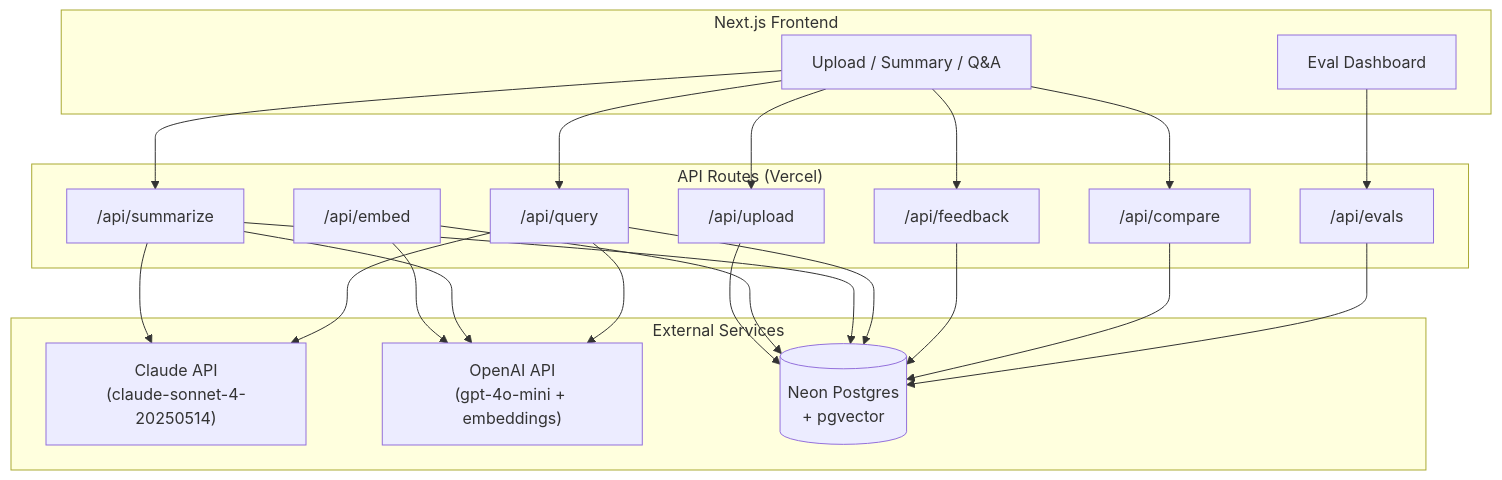
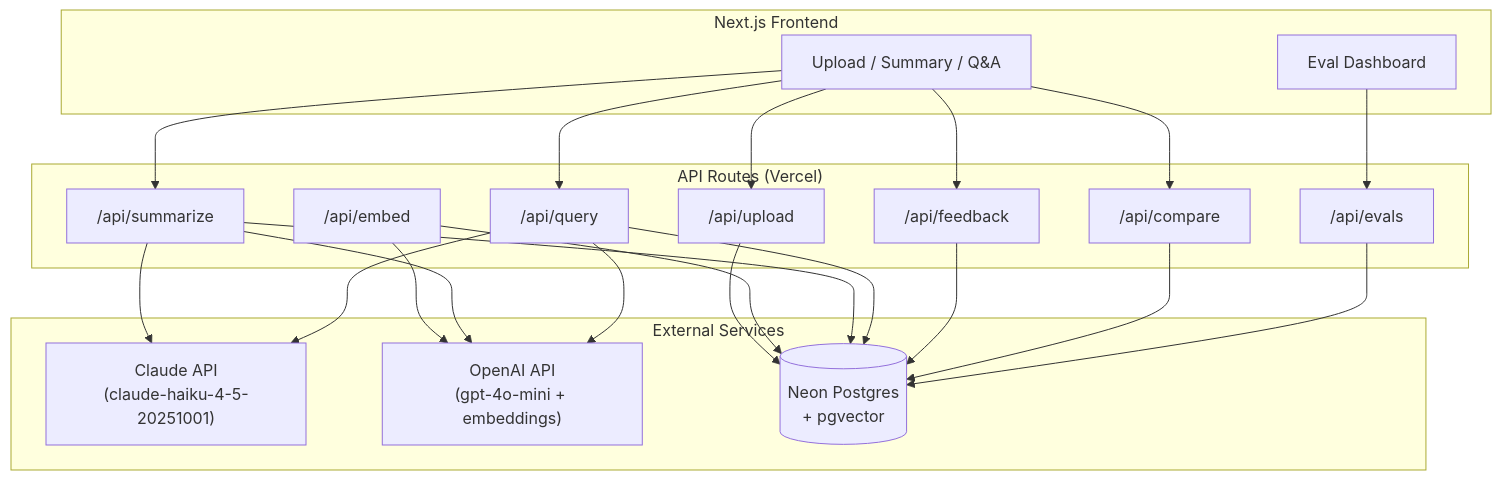
One commit to nickcarndt/document-summarizer changed the diagram in README.md. Above: the diagram before and after it, drawn with Mermaid. The commit also changed other lines of this file and 3 other files, not shown here.

First line of the commit message:
Update documentation and pricing for Claude Haiku

````diff
--- a/README.md
+++ b/README.md
@@ -65,37 +65,37 @@
 ```mermaid
 flowchart TB
     subgraph Client["Next.js Frontend"]
         UI["Upload / Summary / Q&A"]
         Dashboard["Eval Dashboard"]
     end
 
     subgraph API["API Routes (Vercel)"]
         Upload["/api/upload"]
         Embed["/api/embed"]
         Summarize["/api/summarize"]
         Query["/api/query"]
         Feedback["/api/feedback"]
         Compare["/api/compare"]
         Evals["/api/evals"]
     end
 
     subgraph External["External Services"]
-        Claude["Claude API<br/>(claude-sonnet-4-20250514)"]
+        Claude["Claude API<br/>(claude-haiku-4-5-20251001)"]
         OpenAI["OpenAI API<br/>(gpt-4o-mini + embeddings)"]
         Neon[("Neon Postgres<br/>+ pgvector")]
     end
 
     UI --> Upload & Summarize & Query
     UI --> Feedback & Compare
     Dashboard --> Evals
 
     Upload --> Neon
     Embed --> OpenAI
     Embed --> Neon
     Summarize --> Claude & OpenAI
     Summarize --> Neon
     Query --> Neon
     Query --> Claude & OpenAI
     Feedback & Compare --> Neon
     Evals --> Neon
 ```
````
